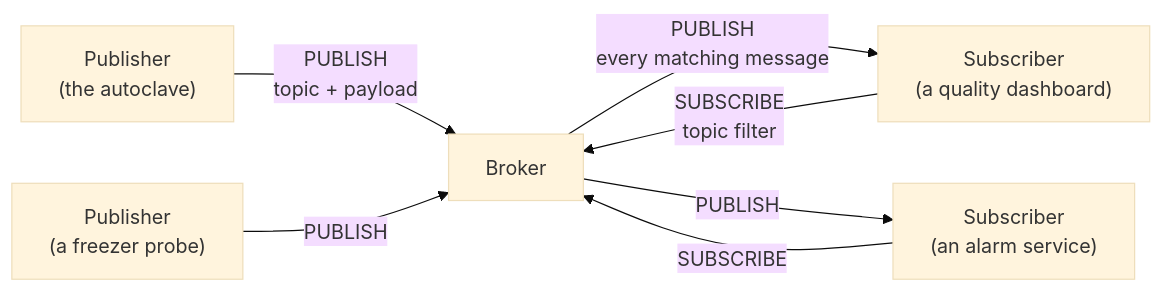
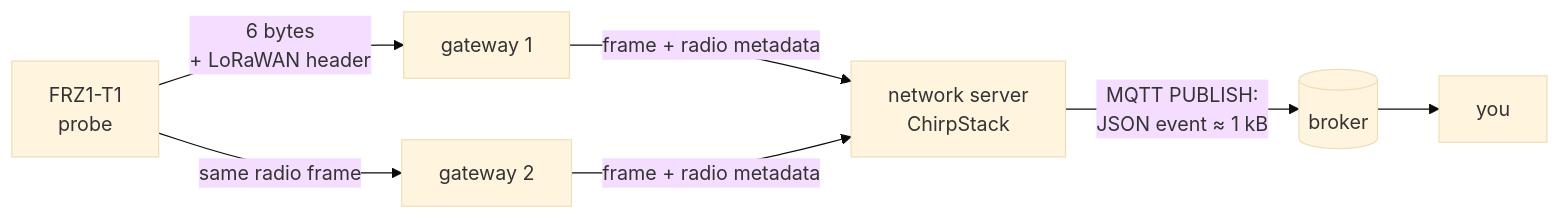
One commit to lmendiboure/IoT-Labs-UPPA changed the third of 3 diagrams in lab1/README.md. Above: the diagram before and after it, drawn with Mermaid (base theme). The commit also changed other lines of this file and 8 other files, not shown here.

First line of the commit message:
Lab 1: give the architecture, follow one measurement, applied questions

````diff
--- a/lab1/README.md
+++ b/lab1/README.md
@@ -114,9 +323,9 @@
 ```mermaid
 flowchart LR
-    P1["Publisher<br/>(the autoclave)"] -- "PUBLISH<br/>topic + payload" --> B["Broker"]
-    P2["Publisher<br/>(a freezer probe)"] -- "PUBLISH" --> B
-    S1["Subscriber<br/>(a quality dashboard)"] -- "SUBSCRIBE<br/>topic filter" --> B
-    B -- "PUBLISH<br/>every matching message" --> S1
-    B -- "PUBLISH" --> S2["Subscriber<br/>(an alarm service)"]
-    S2 -- "SUBSCRIBE" --> B
+    P["FRZ1-T1<br/>probe"] -- "6 bytes<br/>+ LoRaWAN header" --> G1["gateway 1"]
+    P -- "same radio frame" --> G2["gateway 2"]
+    G1 -- "frame + radio metadata" --> NS["network server<br/>ChirpStack"]
+    G2 -- "frame + radio metadata" --> NS
+    NS -- "MQTT PUBLISH:<br/>JSON event ≈ 1 kB" --> B[("broker")]
+    B --> Y["you"]
 ```
````
